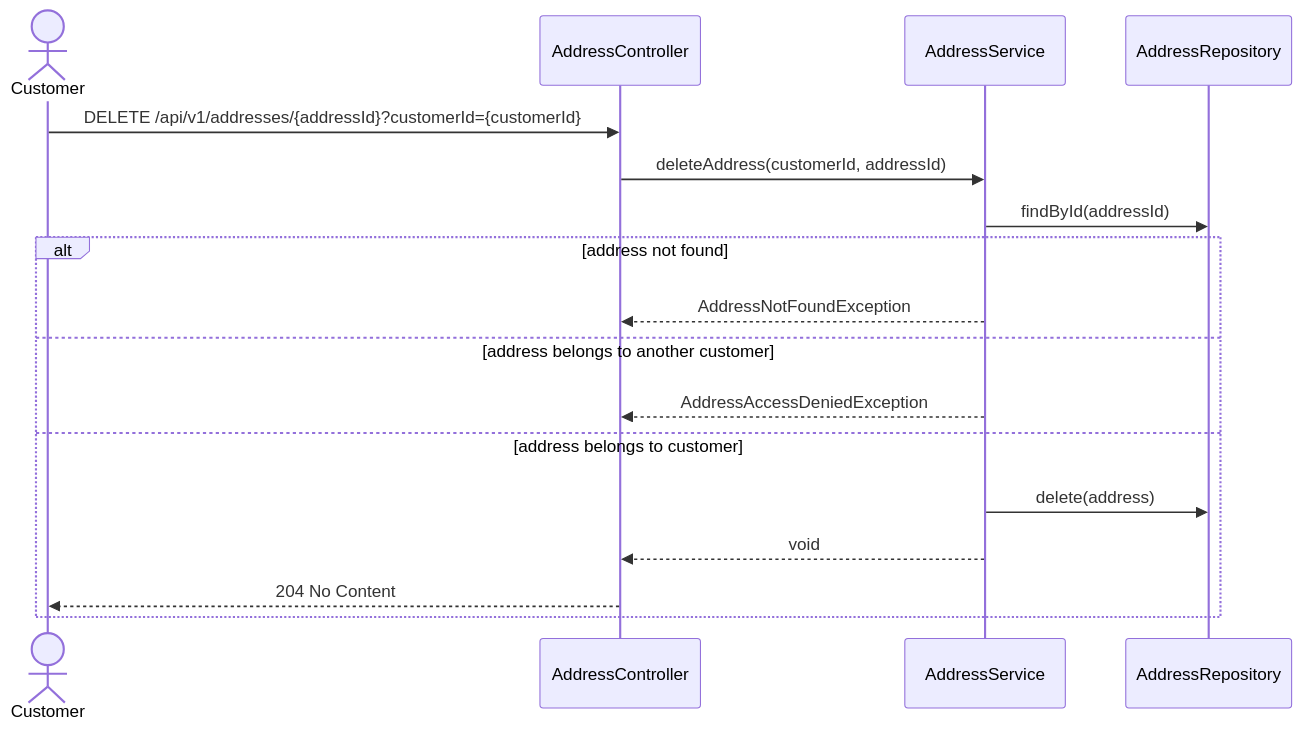
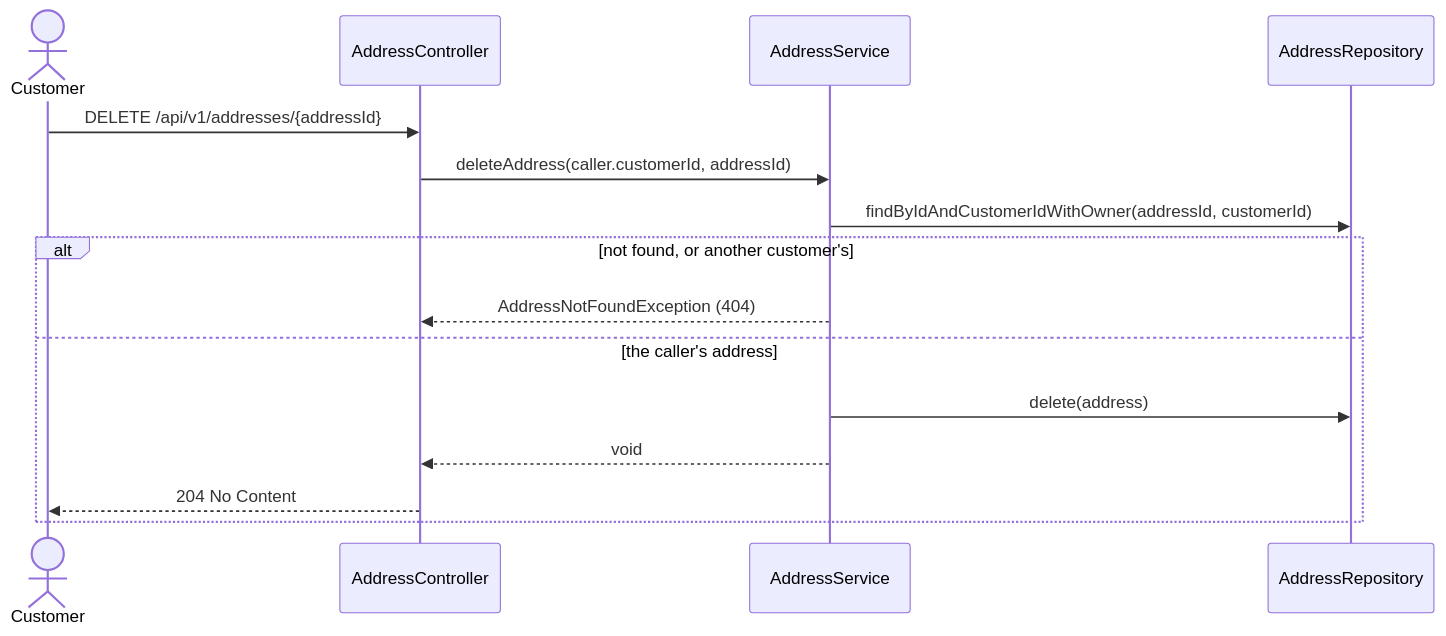
One commit to msmohammed0077-cmd/mentorship-restaurant changed the fifth of 5 diagrams in restaurant/.docs/use-cases/customer-management/address-management/sequence-diagrams.md. Above: the diagram before and after it, drawn with Mermaid. The commit also changed other lines of this file and 25 other files, not shown here.

````diff
--- a/restaurant/.docs/use-cases/customer-management/address-management/sequence-diagrams.md
+++ b/restaurant/.docs/use-cases/customer-management/address-management/sequence-diagrams.md
@@ -120,20 +120,18 @@
 ```mermaid
 sequenceDiagram
     actor Customer
     participant C as AddressController
     participant H as AddressService
     participant Addresses as AddressRepository
 
-    Customer->>C: DELETE /api/v1/addresses/{addressId}?customerId={customerId}
-    C->>H: deleteAddress(customerId, addressId)
-    H->>Addresses: findById(addressId)
-    alt address not found
-        H-->>C: AddressNotFoundException
-    else address belongs to another customer
-        H-->>C: AddressAccessDeniedException
-    else address belongs to customer
+    Customer->>C: DELETE /api/v1/addresses/{addressId}
+    C->>H: deleteAddress(caller.customerId, addressId)
+    H->>Addresses: findByIdAndCustomerIdWithOwner(addressId, customerId)
+    alt not found, or another customer's
+        H-->>C: AddressNotFoundException (404)
+    else the caller's address
         H->>Addresses: delete(address)
         H-->>C: void
         C-->>Customer: 204 No Content
     end
 ```
````
